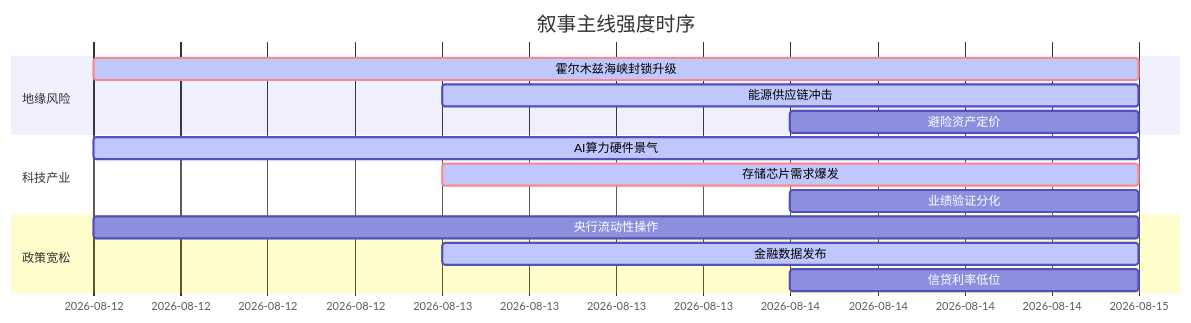
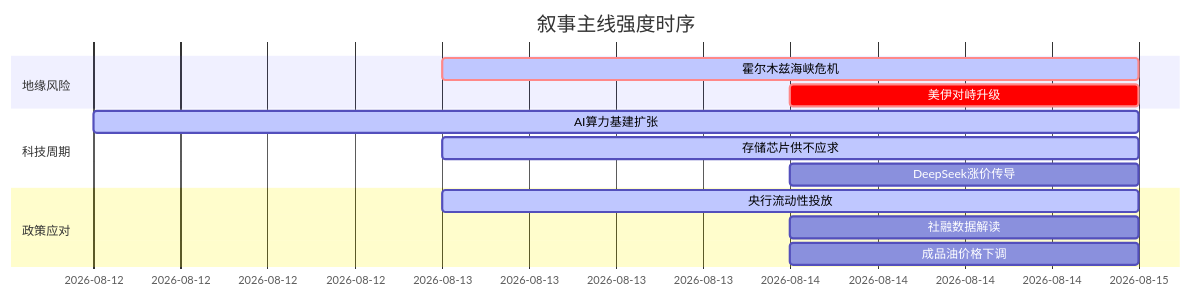
The diagram in 5day_report.md (uu5zn/uu5zn.github.io), drawn with Mermaid before and after one commit. The commit also changed other lines of this file and 4 other files, not shown here.

````diff
--- a/5day_report.md
+++ b/5day_report.md
@@ -56,19 +72,18 @@
 ```mermaid
 gantt
     title 叙事主线强度时序
     dateFormat YYYY-MM-DD
     section 地缘风险
-    霍尔木兹海峡封锁升级   :crit, active, 2026-08-12, 3d
-    能源供应链冲击   :active, 2026-08-13, 2d
-    避险资产定价   :2026-08-14, 1d
+    霍尔木兹海峡危机   :crit, active, 2026-08-13, 2d
+    美伊对峙升级       :crit, 2026-08-14, 1d
     
-    section 科技产业
-    AI算力硬件景气   :active, 2026-08-12, 3d
-    存储芯片需求爆发   :crit, active, 2026-08-13, 2d
-    业绩验证分化   :2026-08-14, 1d
+    section 科技周期
+    AI算力基建扩张     :active, 2026-08-12, 3d
+    存储芯片供不应求   :active, 2026-08-13, 2d
+    DeepSeek涨价传导   :2026-08-14, 1d
     
-    section 政策宽松
-    央行流动性操作   :2026-08-12, 3d
-    金融数据发布   :active, 2026-08-13, 2d
-    信贷利率低位   :2026-08-14, 1d
+    section 政策应对
+    央行流动性投放     :active, 2026-08-13, 2d
+    社融数据解读       :2026-08-14, 1d
+    成品油价格下调     :2026-08-14, 1d
 ```
````
